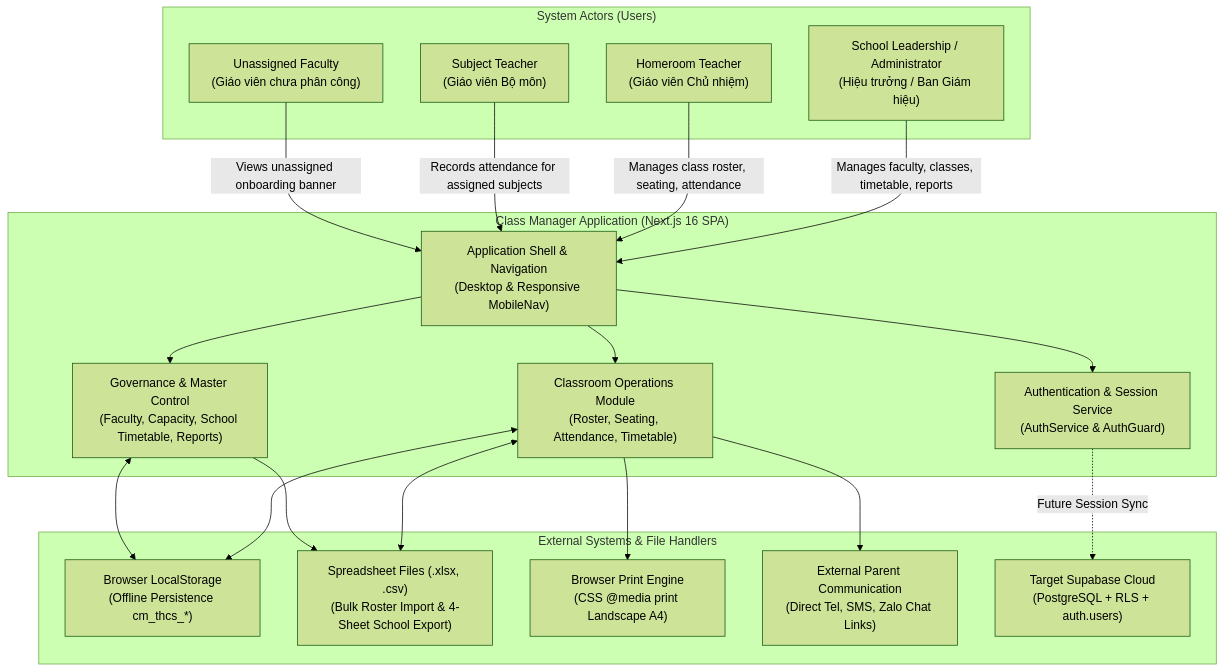
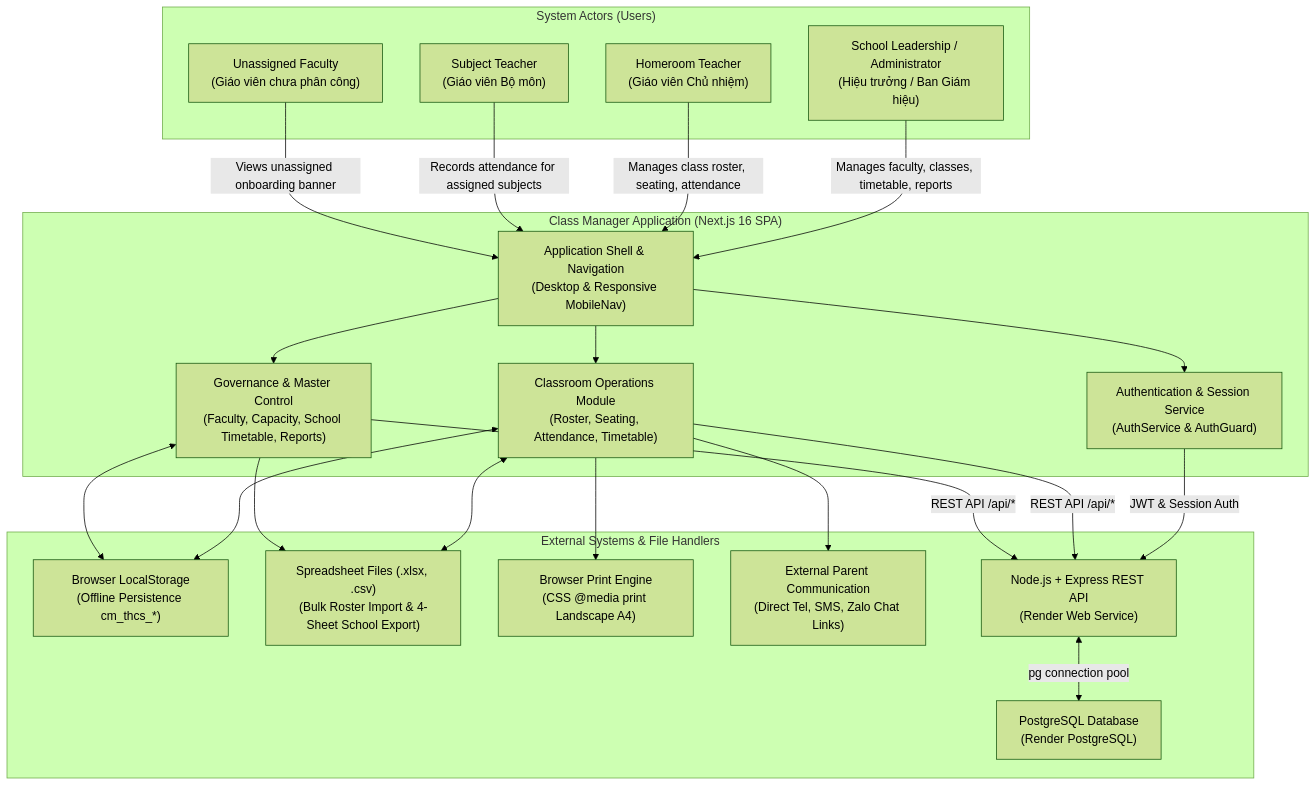
Before and after one commit to tranhohoangvu/class-manager: the diagram in docs/diagrams/system-context.md, drawn with Mermaid (forest theme). The commit also changed other lines of this file and 96 other files, not shown here.

Commit message:
feat: migrate backend from Supabase to Node.js + Express + PostgreSQL for Render deployment

````diff
--- a/docs/diagrams/system-context.md
+++ b/docs/diagrams/system-context.md
@@ -7,41 +7,45 @@
 ```mermaid
 graph TD
     subgraph Actors ["System Actors (Users)"]
         Admin["School Leadership / Administrator<br/>(Hiệu trưởng / Ban Giám hiệu)"]
         GVCN["Homeroom Teacher<br/>(Giáo viên Chủ nhiệm)"]
         GVBM["Subject Teacher<br/>(Giáo viên Bộ môn)"]
         Unassigned["Unassigned Faculty<br/>(Giáo viên chưa phân công)"]
     end
 
     subgraph SystemBoundary ["Class Manager Application (Next.js 16 SPA)"]
         AppShell["Application Shell & Navigation<br/>(Desktop & Responsive MobileNav)"]
         AuthModule["Authentication & Session Service<br/>(AuthService & AuthGuard)"]
         ClassModule["Classroom Operations Module<br/>(Roster, Seating, Attendance, Timetable)"]
         AdminModule["Governance & Master Control<br/>(Faculty, Capacity, School Timetable, Reports)"]
     end
 
     subgraph ExternalTouchpoints ["External Systems & File Handlers"]
         LocalStorage["Browser LocalStorage<br/>(Offline Persistence cm_thcs_*)"]
         ExcelFiles["Spreadsheet Files (.xlsx, .csv)<br/>(Bulk Roster Import & 4-Sheet School Export)"]
         PrintEngine["Browser Print Engine<br/>(CSS @media print Landscape A4)"]
         Messaging["External Parent Communication<br/>(Direct Tel, SMS, Zalo Chat Links)"]
-        TargetSupabase["Target Supabase Cloud<br/>(PostgreSQL + RLS + auth.users)"]
+        BackendAPI["Node.js + Express REST API<br/>(Render Web Service)"]
+        PostgresDB["PostgreSQL Database<br/>(Render PostgreSQL)"]
     end
 
     Admin -->|"Manages faculty, classes, timetable, reports"| AppShell
     GVCN -->|"Manages class roster, seating, attendance"| AppShell
     GVBM -->|"Records attendance for assigned subjects"| AppShell
     Unassigned -->|"Views unassigned onboarding banner"| AppShell
 
     AppShell --> AuthModule
     AppShell --> ClassModule
     AppShell --> AdminModule
 
     ClassModule <--> LocalStorage
     AdminModule <--> LocalStorage
     ClassModule <--> ExcelFiles
     AdminModule --> ExcelFiles
     ClassModule --> PrintEngine
     ClassModule --> Messaging
-    AuthModule -.->|"Future Session Sync"| TargetSupabase
+    AuthModule -->|"JWT & Session Auth"| BackendAPI
+    ClassModule -->|"REST API /api/*"| BackendAPI
+    AdminModule -->|"REST API /api/*"| BackendAPI
+    BackendAPI <-->|"pg connection pool"| PostgresDB
 ```
````
